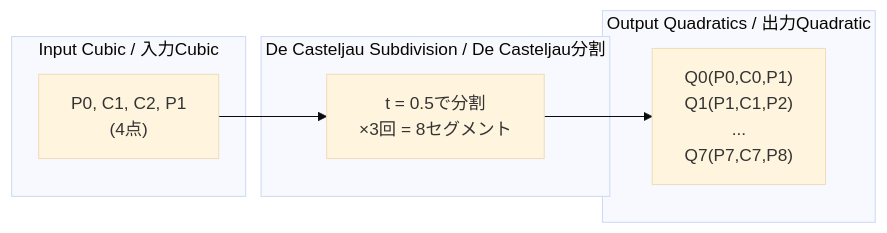
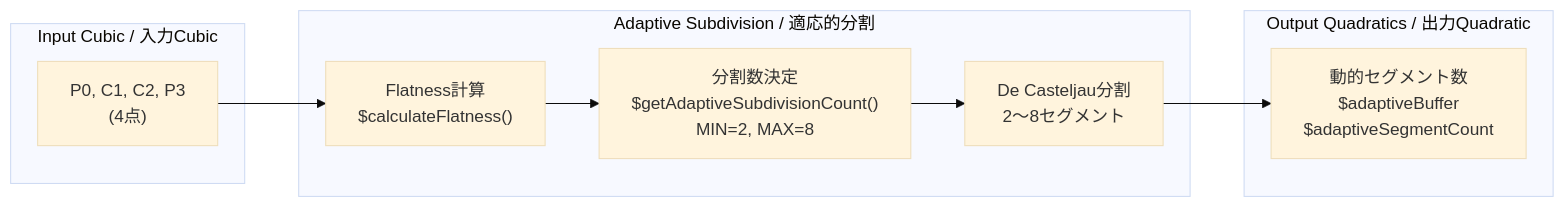
Before and after one commit to Next2D/player: the seventh of 37 diagrams in packages/webgl/RENDERING_FLOW.md, drawn with Mermaid (base theme). The commit also changed other lines of this file, not shown here.

````diff
--- a/packages/webgl/RENDERING_FLOW.md
+++ b/packages/webgl/RENDERING_FLOW.md
@@ -293,16 +345,21 @@
 ```mermaid
 flowchart LR
     subgraph "Input Cubic / 入力Cubic"
-        C["P0, C1, C2, P1<br/>(4点)"]
+        C["P0, C1, C2, P3<br/>(4点)"]
     end
 
-    subgraph "De Casteljau Subdivision / De Casteljau分割"
-        DIV["t = 0.5で分割<br/>×3回 = 8セグメント"]
+    subgraph "Adaptive Subdivision / 適応的分割"
+        FLAT["Flatness計算<br/>$calculateFlatness()"]
+        COUNT["分割数決定<br/>$getAdaptiveSubdivisionCount()<br/>MIN=2, MAX=8"]
+        DIV["De Casteljau分割<br/>2〜8セグメント"]
     end
 
     subgraph "Output Quadratics / 出力Quadratic"
-        Q["Q0(P0,C0,P1)<br/>Q1(P1,C1,P2)<br/>...<br/>Q7(P7,C7,P8)"]
+        Q["動的セグメント数<br/>$adaptiveBuffer<br/>$adaptiveSegmentCount"]
     end
 
-    C --> DIV --> Q
+    C --> FLAT
+    FLAT --> COUNT
+    COUNT --> DIV
+    DIV --> Q
 ```
````
